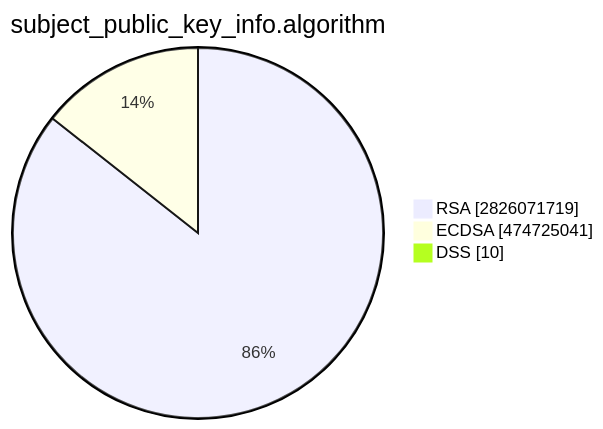
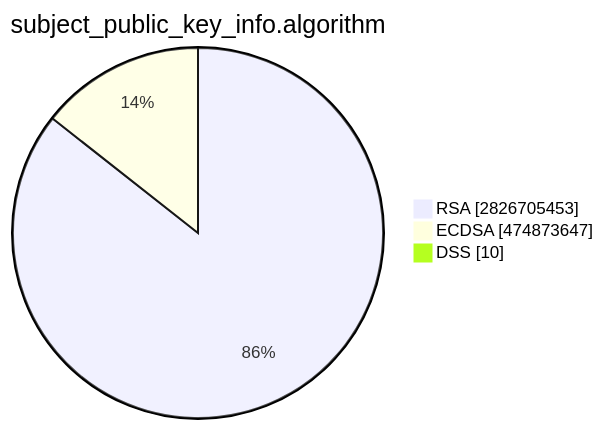
Before and after one commit to christiankrug/ctmonitor_visualization: the second of 15 diagrams in TOTAL/README.md, drawn with Mermaid. The commit also changed other lines of this file, not shown here.

````diff
--- a/TOTAL/README.md
+++ b/TOTAL/README.md
@@ -6,7 +6,7 @@
 ```mermaid
 pie showData
 title subject_public_key_info.algorithm
-"RSA" :2826071719
-"ECDSA" :474725041
+"RSA" :2826705453
+"ECDSA" :474873647
 "DSS" :10
 ```
````
